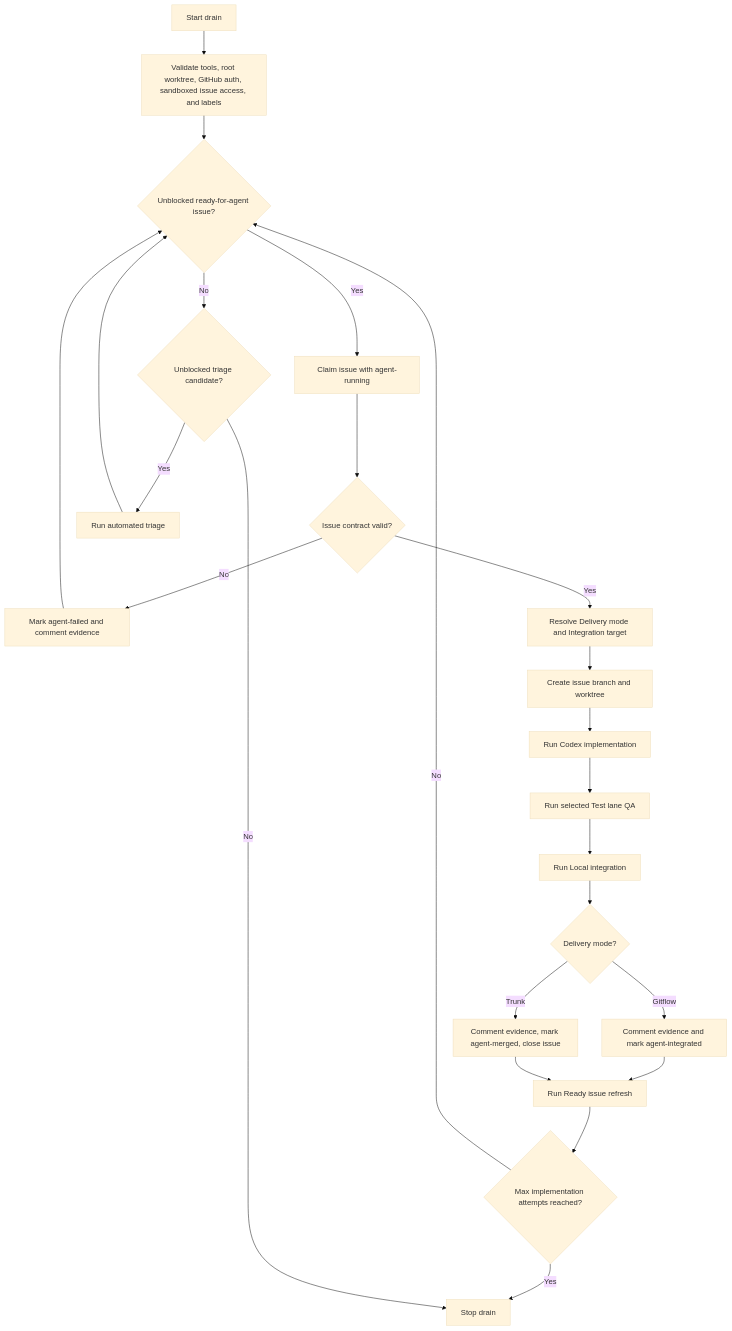
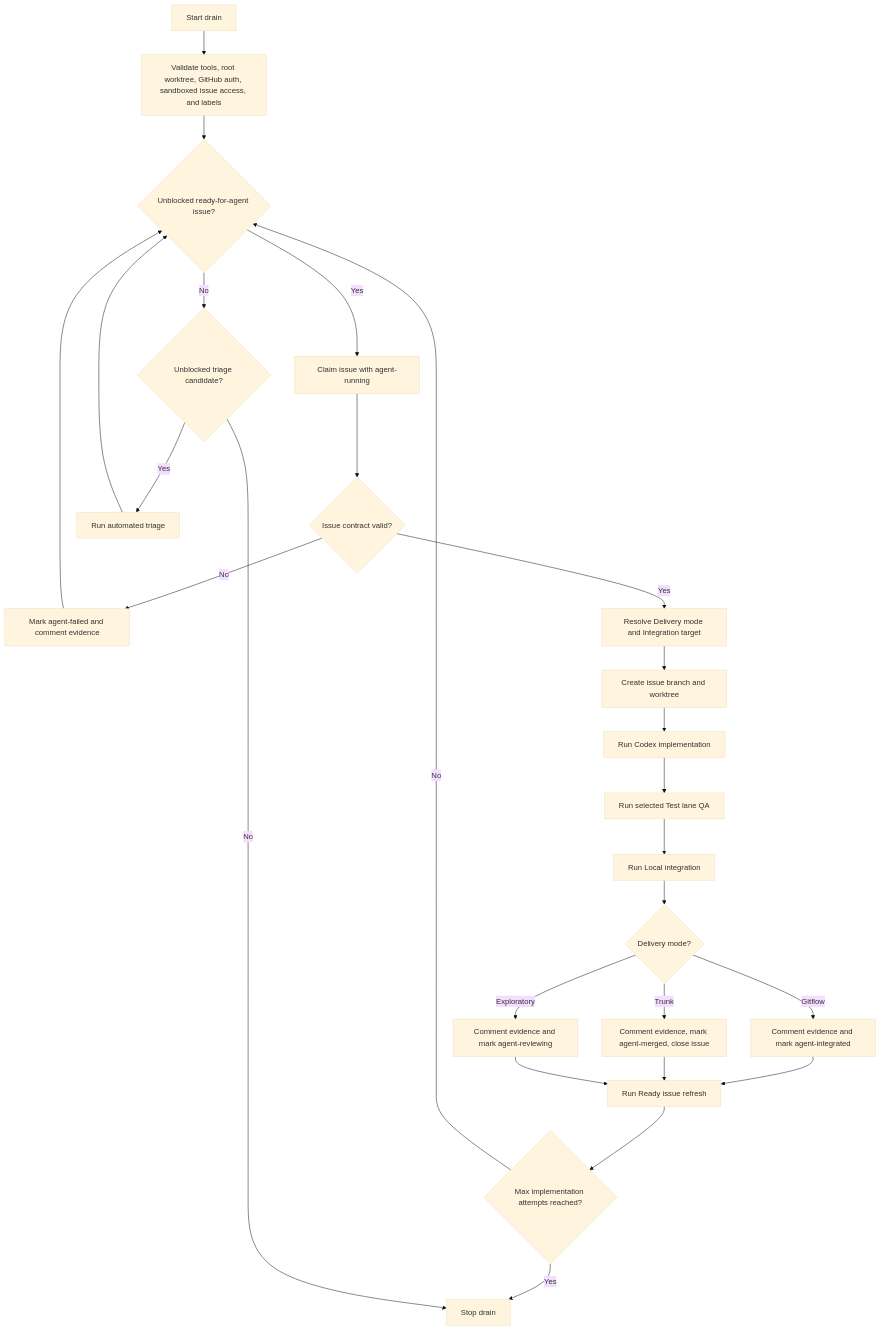
One commit to Chr1sC0de/energy-market-delta-lake changed the first of 2 diagrams in docs/agents/ralph-loop.md. Above: the diagram before and after it, drawn with Mermaid (base theme). The commit also changed other lines of this file and 11 other files, not shown here.

````diff
--- a/docs/agents/ralph-loop.md
+++ b/docs/agents/ralph-loop.md
@@ -61,26 +63,28 @@
 ```mermaid
 flowchart TD
   START[Start drain] --> PREFLIGHT[Validate tools, root worktree, GitHub auth, sandboxed issue access, and labels]
   PREFLIGHT --> READY{Unblocked ready-for-agent issue?}
   READY -->|Yes| CLAIM[Claim issue with agent-running]
   CLAIM --> CONTRACT{Issue contract valid?}
   CONTRACT -->|No| FAIL[Mark agent-failed and comment evidence]
   CONTRACT -->|Yes| MODE[Resolve Delivery mode and Integration target]
   MODE --> WORKTREE[Create issue branch and worktree]
   WORKTREE --> CODEX[Run Codex implementation]
   CODEX --> QA[Run selected Test lane QA]
   QA --> INTEGRATE[Run Local integration]
   INTEGRATE --> DONE{Delivery mode?}
   DONE -->|Gitflow| STAGE[Comment evidence and mark agent-integrated]
   DONE -->|Trunk| CLOSE[Comment evidence, mark agent-merged, close issue]
+  DONE -->|Exploratory| REVIEW[Comment evidence and mark agent-reviewing]
   STAGE --> REFRESH[Run Ready issue refresh]
   CLOSE --> REFRESH
+  REVIEW --> REFRESH
   REFRESH --> LIMIT{Max implementation attempts reached?}
   LIMIT -->|No| READY
   LIMIT -->|Yes| STOP[Stop drain]
   READY -->|No| TRIAGE{Unblocked triage candidate?}
   TRIAGE -->|Yes| TRIAGEPASS[Run automated triage]
   TRIAGEPASS --> READY
   TRIAGE -->|No| STOP
   FAIL --> READY
 ```
````
